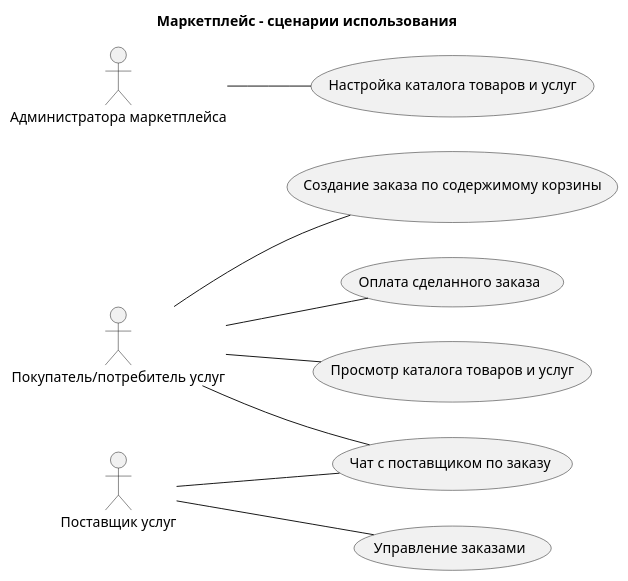
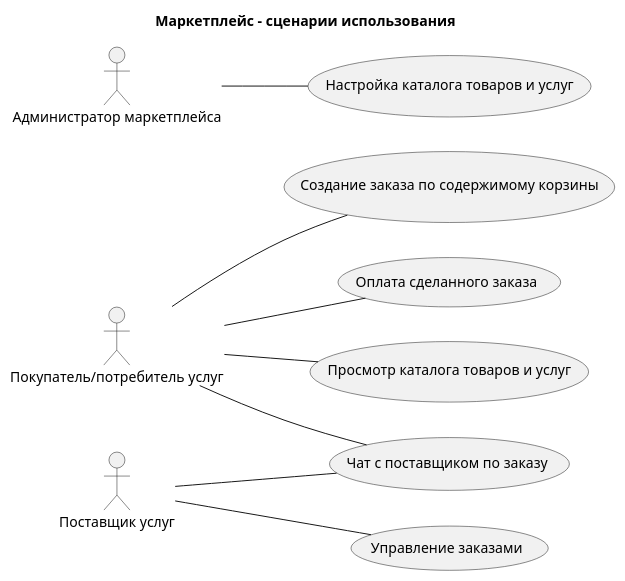
Before and after one commit to ganouver/txtmodeldsl: the diagram in out/market_cases.puml, drawn with PlantUML. The commit also changed 4 other files, not shown here.

```diff
--- a/out/market_cases.puml
+++ b/out/market_cases.puml
@@ -1,41 +1,41 @@
 @startuml
 left to right direction
 title Маркетплейс - сценарии использования 
 
-usecase usecase1 as "Чат с поставщиком по заказу"
+usecase usecase1 as "Создание заказа по содержимому корзины"
+
+actor actor1 as "Покупатель/потребитель услуг"
+
+usecase usecase2 as "Оплата сделанного заказа"
+
+actor actor1 as "Покупатель/потребитель услуг"
+
+usecase usecase3 as "Чат с поставщиком по заказу"
 
 actor actor1 as "Покупатель/потребитель услуг"
 
 actor actor2 as "Поставщик услуг"
 
-usecase usecase2 as "Создание заказа по содержимому корзины"
-
-actor actor1 as "Покупатель/потребитель услуг"
-
-usecase usecase3 as "Оплата сделанного заказа"
-
-actor actor1 as "Покупатель/потребитель услуг"
-
 usecase usecase4 as "Настройка каталога товаров и услуг"
 
-actor actor3 as "Администратора маркетплейса"
+actor actor3 as "Администратор маркетплейса"
 
 usecase usecase5 as "Просмотр каталога товаров и услуг"
 
 actor actor1 as "Покупатель/потребитель услуг"
 
 usecase usecase6 as "Управление заказами"
 
 actor actor2 as "Поставщик услуг"
 
 
 actor1 -- usecase1 
-actor2 -- usecase1 
 actor1 -- usecase2 
 actor1 -- usecase3 
+actor2 -- usecase3 
 actor3 -- usecase4 
 actor1 -- usecase5 
 actor2 -- usecase6 
 
 
 @enduml
```
